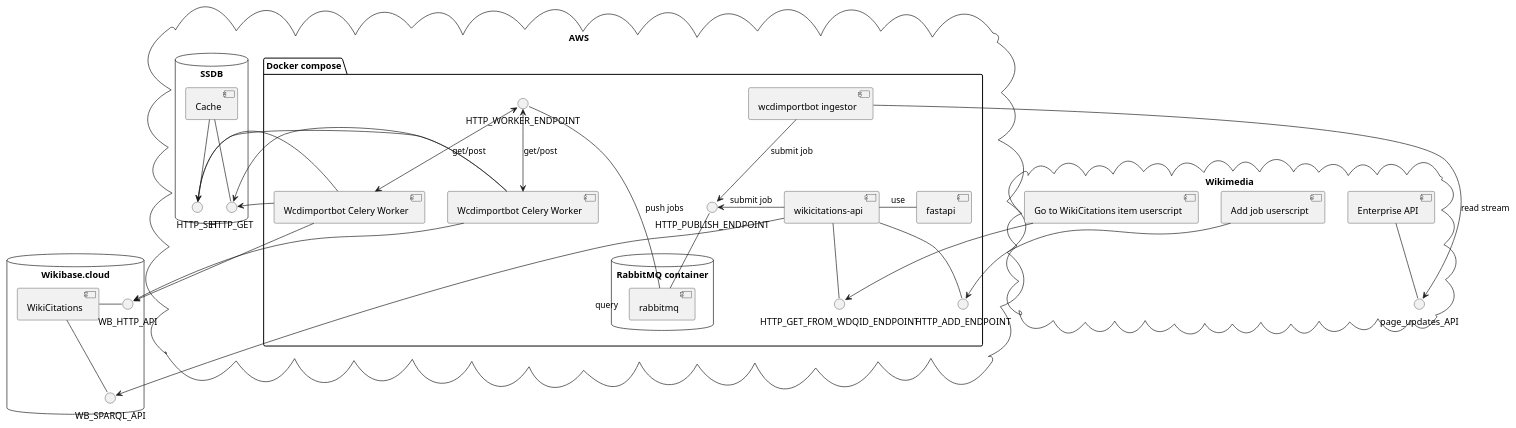
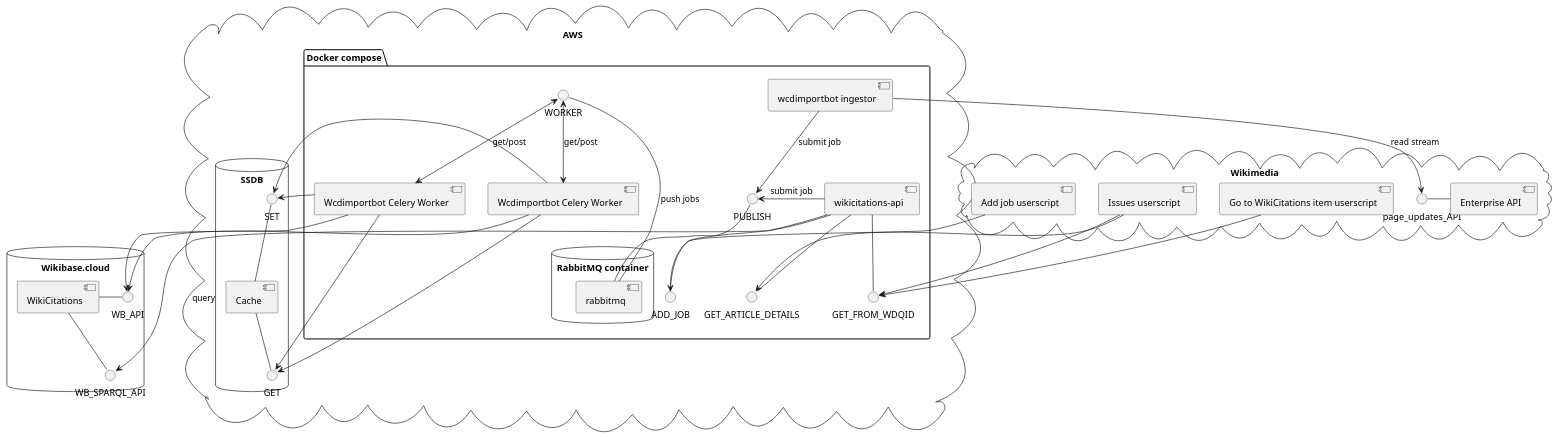
Before and after one commit to internetarchive/iari: the diagram in diagrams/components.puml, drawn with PlantUML.

Commit message:
components.puml: Make more readable

```diff
--- a/diagrams/components.puml
+++ b/diagrams/components.puml
@@ -1,53 +1,56 @@
 @startuml
 'https://plantuml.com/component-diagram
 
 cloud "AWS" {
     package "Docker compose" {
         database "RabbitMQ container" {
           [rabbitmq] as RM
         }
-        [fastapi] as FA
+'        [fastapi] as FA
         [wikicitations-api] as WA
 '        [WikibaseIntegrator] as WBI
         [wcdimportbot ingestor] as WI
         [Wcdimportbot Celery Worker] as CW1
         [Wcdimportbot Celery Worker] as CW2
 '        CW1 -- WBI : use
 '        CW2 -- WBI : use
-        HTTP_PUBLISH_ENDPOINT -- RM
-        HTTP_WORKER_ENDPOINT --- RM : push jobs
-        HTTP_WORKER_ENDPOINT <--> CW1 : get/post
-        HTTP_WORKER_ENDPOINT <--> CW2 : get/post
-        WA - FA : use
-        WA -> HTTP_PUBLISH_ENDPOINT : submit job
-        WA -- HTTP_ADD_ENDPOINT
-        WA -- HTTP_GET_FROM_WDQID_ENDPOINT
-        WI --> HTTP_PUBLISH_ENDPOINT : submit job
+        PUBLISH -- RM
+        WORKER --- RM : push jobs
+        WORKER <--> CW1 : get/post
+        WORKER <--> CW2 : get/post
+'        WA - FA : use
+        WA -> PUBLISH : submit job
+        WA -- ADD_JOB
+        WA -- GET_FROM_WDQID
+        WA -- GET_ARTICLE_DETAILS
+        WI --> PUBLISH : submit job
 '        WI - WBI : use
     }
     database "SSDB" {
-        [Cache] -- HTTP_SET
-        [Cache] -- HTTP_GET
-        CW1 -> HTTP_GET
-        CW2 -> HTTP_GET
-        CW1 -> HTTP_SET
-        CW2 -> HTTP_SET
+        [Cache] -up- SET
+        [Cache] -- GET
+        CW1 -> GET
+        CW2 -> GET
+        CW1 -> SET
+        CW2 -> SET
     }
 }
 
 cloud "Wikimedia"{
-  [Enterprise API] -- page_updates_API
   WI -> page_updates_API : read stream
-  [Add job userscript] -> HTTP_ADD_ENDPOINT
-  [Go to WikiCitations item userscript] --> HTTP_GET_FROM_WDQID_ENDPOINT
+  [Add job userscript] -> ADD_JOB
+  [Issues userscript] --> GET_ARTICLE_DETAILS
+  [Issues userscript] --> GET_FROM_WDQID
+  [Go to WikiCitations item userscript] --> GET_FROM_WDQID
+  [Enterprise API] -left- page_updates_API
 }
 
 database "Wikibase.cloud" {
     [WikiCitations] as WC
-    WC - WB_HTTP_API
+    WC - WB_API
     WC -- WB_SPARQL_API
     WA -> WB_SPARQL_API : query
-    CW1 --> WB_HTTP_API
-    CW2 --> WB_HTTP_API
+    CW1 --> WB_API
+    CW2 --> WB_API
 }
 @enduml
```
